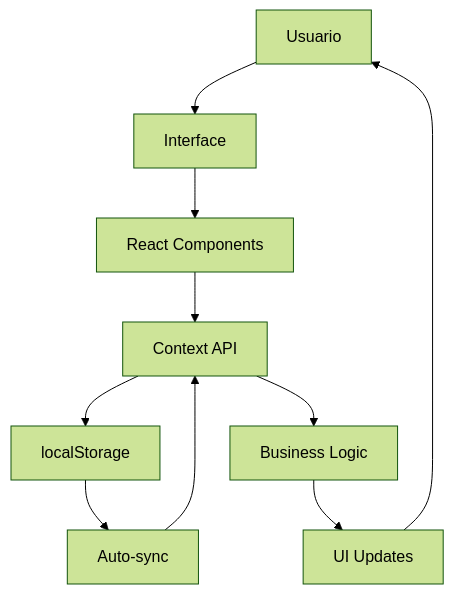
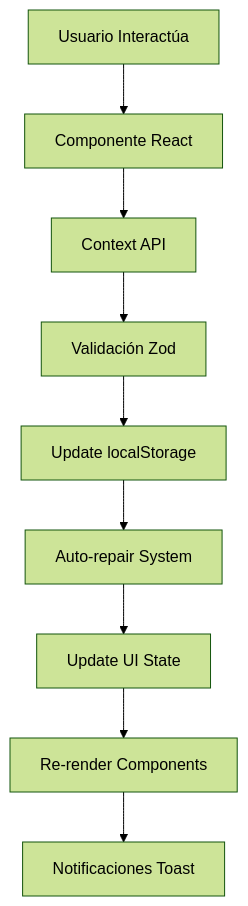
One commit to AnalizaJech/PetLA-Front changed the first of 5 diagrams in README.md. Above: the diagram before and after it, drawn with Mermaid (forest theme). The commit also changed other lines of this file, not shown here.

First line of the commit message:
Comprehensive new README.md with complete system documentation

````diff
--- a/README.md
+++ b/README.md
@@ -143,12 +152,11 @@
 ```mermaid
 graph TD
-    A[Usuario] --> B[Interface]
-    B --> C[React Components]
-    C --> D[Context API]
-    D --> E[localStorage]
-    E --> F[Auto-sync]
-    F --> D
-    D --> G[Business Logic]
-    G --> H[UI Updates]
-    H --> A
+    A[Usuario Interactúa] --> B[Componente React]
+    B --> C[Context API]
+    C --> D[Validación Zod]
+    D --> E[Update localStorage]
+    E --> F[Auto-repair System]
+    F --> G[Update UI State]
+    G --> H[Re-render Components]
+    H --> I[Notificaciones Toast]
 ```
````
